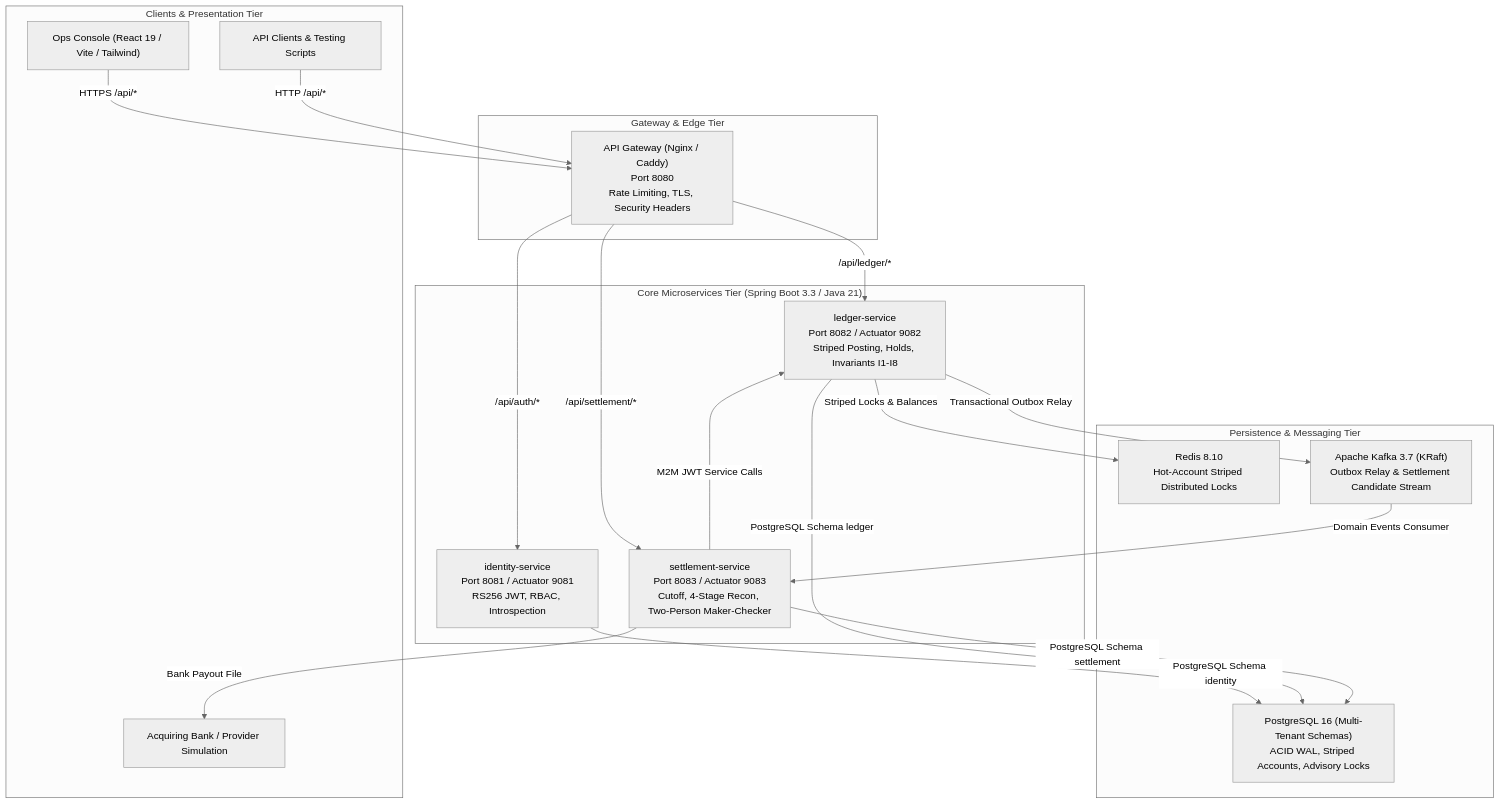
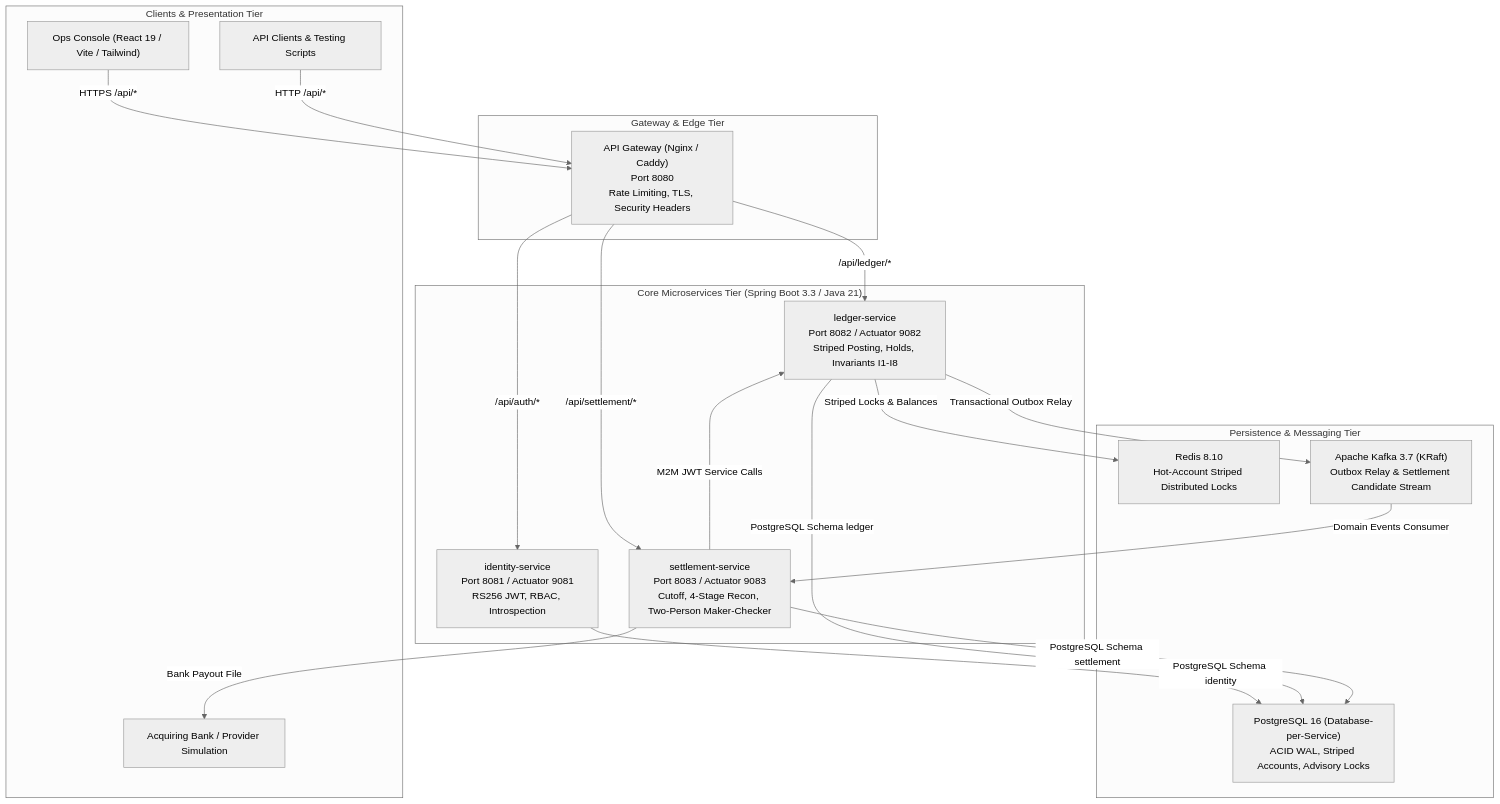
Before and after one commit to YEsh-DEV/Payments-Settlement-Platform: the diagram in docs/architecture.md, drawn with Mermaid (neutral theme). The commit also changed other lines of this file and 43 other files, not shown here.

````diff
--- a/docs/architecture.md
+++ b/docs/architecture.md
@@ -12,40 +12,40 @@
 ```mermaid
 flowchart TD
     subgraph Clients["Clients & Presentation Tier"]
         UI["Ops Console (React 19 / Vite / Tailwind)"]
         CLI["API Clients & Testing Scripts"]
         Bank["Acquiring Bank / Provider Simulation"]
     end
 
     subgraph Edge["Gateway & Edge Tier"]
         GW["API Gateway (Nginx / Caddy)<br/>Port 8080<br/>Rate Limiting, TLS, Security Headers"]
     end
 
     subgraph Services["Core Microservices Tier (Spring Boot 3.3 / Java 21)"]
         IS["identity-service<br/>Port 8081 / Actuator 9081<br/>RS256 JWT, RBAC, Introspection"]
         LS["ledger-service<br/>Port 8082 / Actuator 9082<br/>Striped Posting, Holds, Invariants I1-I8"]
         SS["settlement-service<br/>Port 8083 / Actuator 9083<br/>Cutoff, 4-Stage Recon, Two-Person Maker-Checker"]
     end
 
     subgraph Storage["Persistence & Messaging Tier"]
-        PG["PostgreSQL 16 (Multi-Tenant Schemas)<br/>ACID WAL, Striped Accounts, Advisory Locks"]
+        PG["PostgreSQL 16 (Database-per-Service)<br/>ACID WAL, Striped Accounts, Advisory Locks"]
         RD["Redis 8.10<br/>Hot-Account Striped Distributed Locks"]
         KF["Apache Kafka 3.7 (KRaft)<br/>Outbox Relay & Settlement Candidate Stream"]
     end
 
     UI -->|HTTPS /api/*| GW
     CLI -->|HTTP /api/*| GW
     GW -->|/api/auth/*| IS
     GW -->|/api/ledger/*| LS
     GW -->|/api/settlement/*| SS
 
     IS -->|PostgreSQL Schema identity| PG
     LS -->|PostgreSQL Schema ledger| PG
     SS -->|PostgreSQL Schema settlement| PG
 
     LS -->|Striped Locks & Balances| RD
     LS -->|Transactional Outbox Relay| KF
     KF -->|Domain Events Consumer| SS
     SS -->|M2M JWT Service Calls| LS
     SS -->|Bank Payout File| Bank
 ```
````
